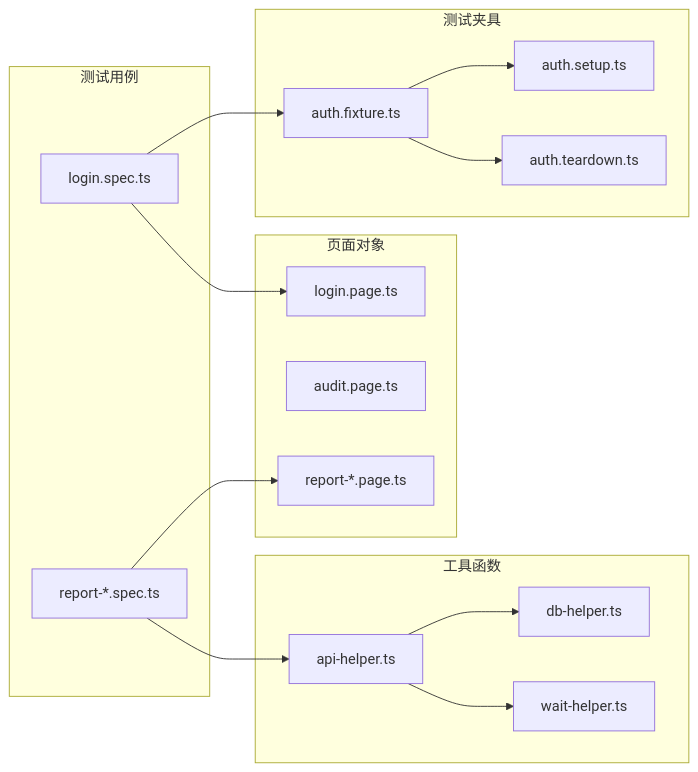
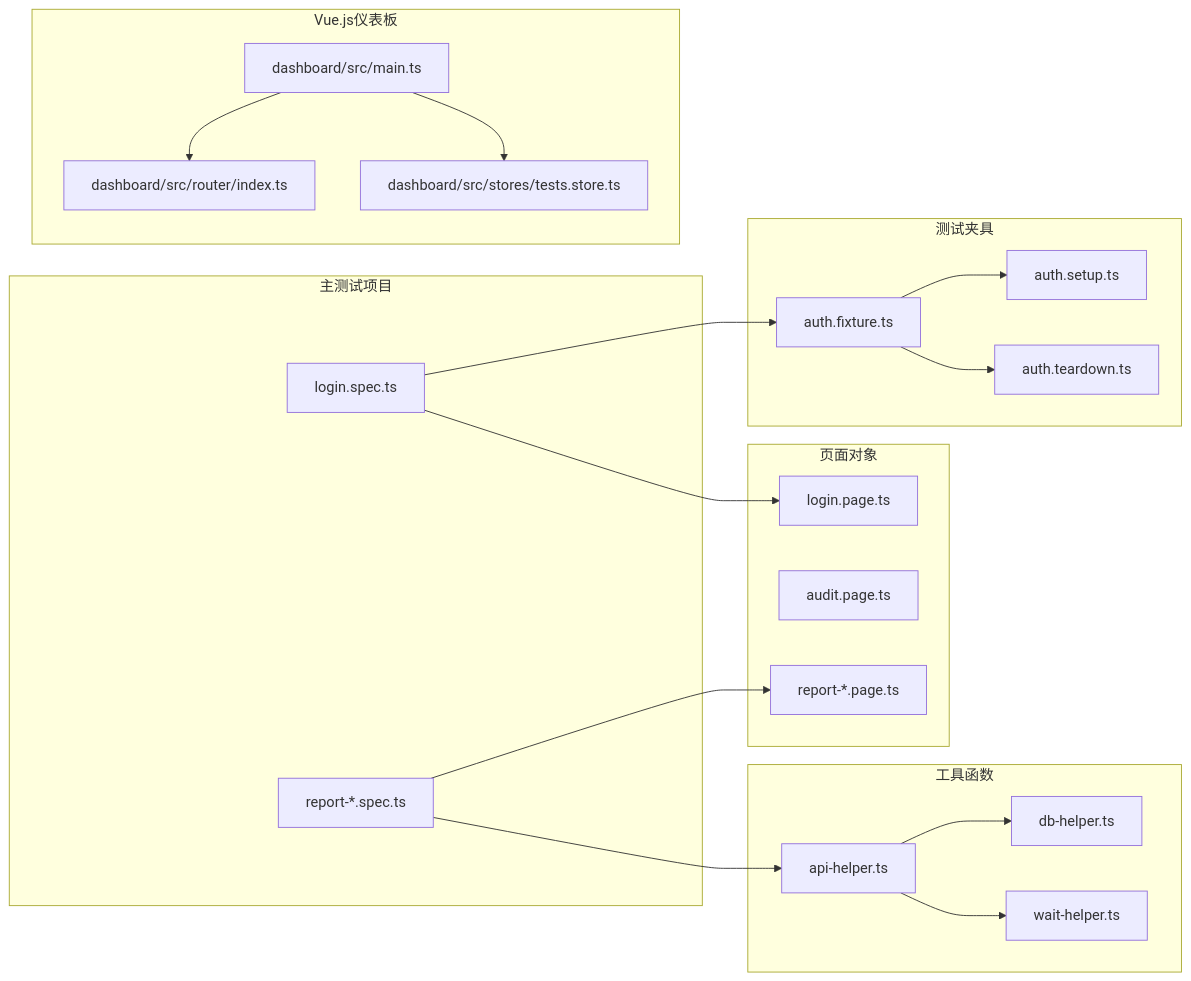
Diagram 13 of 14 in .qoder/repowiki/zh/content/测试框架配置/TypeScript配置.md (zzgoviziwind/--playwright), drawn with Mermaid before and after one commit. The commit also changed other lines of this file and 112 other files, not shown here.

````diff
--- a/.qoder/repowiki/zh/content/测试框架配置/TypeScript配置.md
+++ b/.qoder/repowiki/zh/content/测试框架配置/TypeScript配置.md
@@ -466,30 +653,37 @@
 ```mermaid
 graph LR
-subgraph "测试用例"
+subgraph "主测试项目"
 LOGIN_SPEC[login.spec.ts]
 REPORT_SPEC[report-*.spec.ts]
 end
 subgraph "页面对象"
 LOGIN_PAGE[login.page.ts]
 AUDIT_PAGE[audit.page.ts]
 REPORT_PAGES[report-*.page.ts]
 end
 subgraph "测试夹具"
 AUTH_FIXTURE[auth.fixture.ts]
 AUTH_SETUP[auth.setup.ts]
 AUTH_TEARDOWN[auth.teardown.ts]
 end
 subgraph "工具函数"
 API_HELPER[api-helper.ts]
 DB_HELPER[db-helper.ts]
 WAIT_HELPER[wait-helper.ts]
 end
+subgraph "Vue.js仪表板"
+MAIN_TS[dashboard/src/main.ts]
+ROUTER_INDEX[dashboard/src/router/index.ts]
+TESTS_STORE[dashboard/src/stores/tests.store.ts]
+end
 LOGIN_SPEC --> LOGIN_PAGE
 LOGIN_SPEC --> AUTH_FIXTURE
 REPORT_SPEC --> REPORT_PAGES
 REPORT_SPEC --> API_HELPER
 AUTH_FIXTURE --> AUTH_SETUP
 AUTH_FIXTURE --> AUTH_TEARDOWN
 API_HELPER --> DB_HELPER
 API_HELPER --> WAIT_HELPER
+MAIN_TS --> ROUTER_INDEX
+MAIN_TS --> TESTS_STORE
 ```
````
